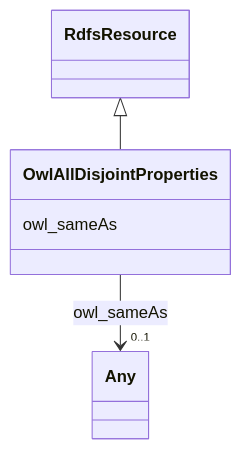
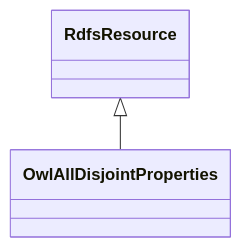
The diagram in fio-kg/classes/OwlAllDisjointProperties.md (frink-okn/graph-descriptions), drawn with Mermaid before and after one commit. The commit also changed other lines of this file and 447 other files, not shown here.

````diff
--- a/fio-kg/classes/OwlAllDisjointProperties.md
+++ b/fio-kg/classes/OwlAllDisjointProperties.md
@@ -23,18 +21,9 @@
 ```mermaid
  classDiagram
     class OwlAllDisjointProperties
     click OwlAllDisjointProperties href "../OwlAllDisjointProperties"
       RdfsResource <|-- OwlAllDisjointProperties
         click RdfsResource href "../RdfsResource"
       
-      OwlAllDisjointProperties : owl_sameAs
-        
-          
-    
-    
-    OwlAllDisjointProperties --> "0..1" Any : owl_sameAs
-    click Any href "../Any"
-
-        
       
 ```
````
